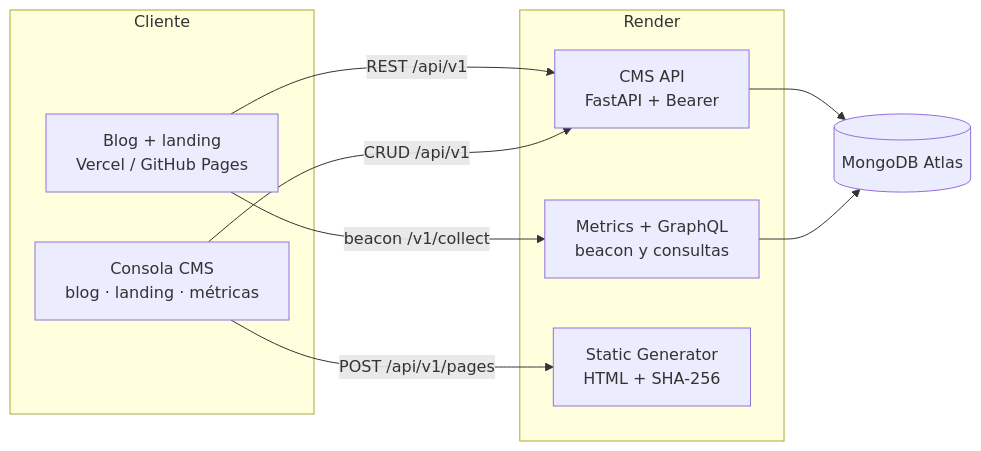
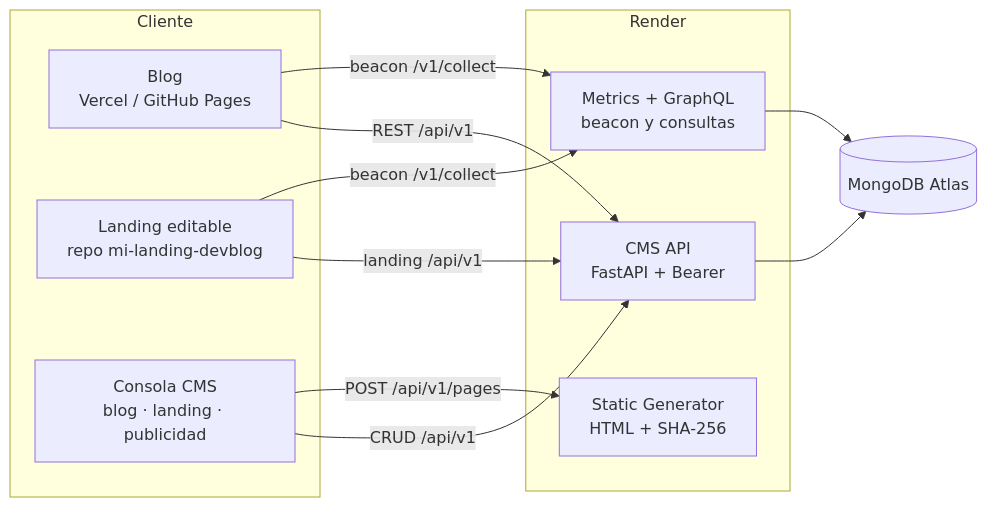
Before and after one commit to Leonardo251207/mi-blog-dev: the diagram in README.md, drawn with Mermaid. The commit also changed other lines of this file and 18 other files, not shown here.

First line of the commit message:
Separa la landing a mi-landing-devblog y deja el blog como portada

````diff
--- a/README.md
+++ b/README.md
@@ -59,22 +75,25 @@
 ```mermaid
 flowchart LR
   subgraph Cliente
-    B["Blog + landing<br/>Vercel / GitHub Pages"]
-    A["Consola CMS<br/>blog · landing · métricas"]
+    B["Blog<br/>Vercel / GitHub Pages"]
+    L["Landing editable<br/>repo mi-landing-devblog"]
+    A["Consola CMS<br/>blog · landing · publicidad"]
   end
 
   subgraph Render
     C["CMS API<br/>FastAPI + Bearer"]
     M["Metrics + GraphQL<br/>beacon y consultas"]
     G["Static Generator<br/>HTML + SHA-256"]
   end
 
   D[("MongoDB Atlas")]
 
   B -->|REST /api/v1| C
   B -->|beacon /v1/collect| M
+  L -->|landing /api/v1| C
+  L -->|beacon /v1/collect| M
   A -->|CRUD /api/v1| C
   A -->|POST /api/v1/pages| G
   C --> D
   M --> D
 ```
````
